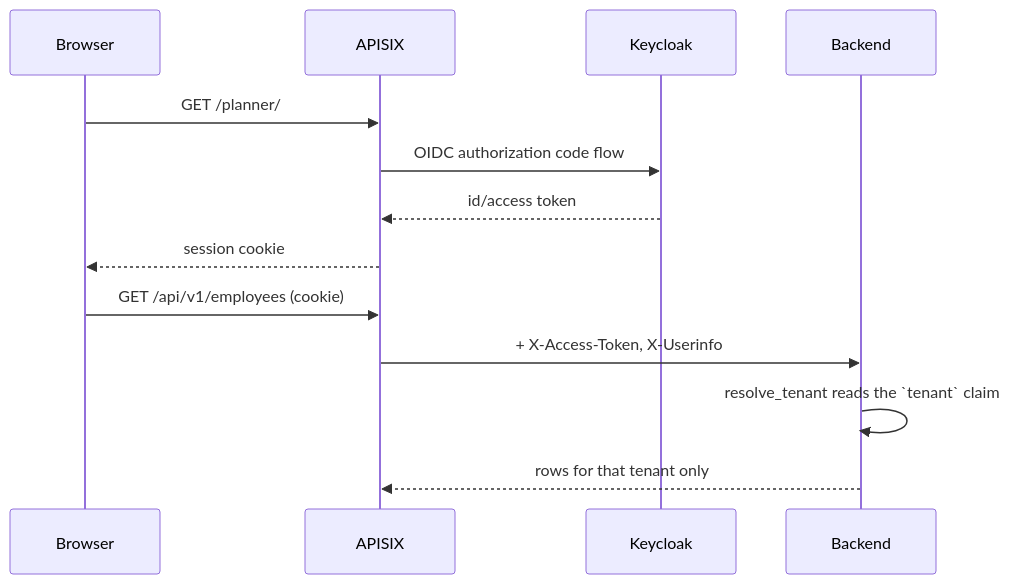
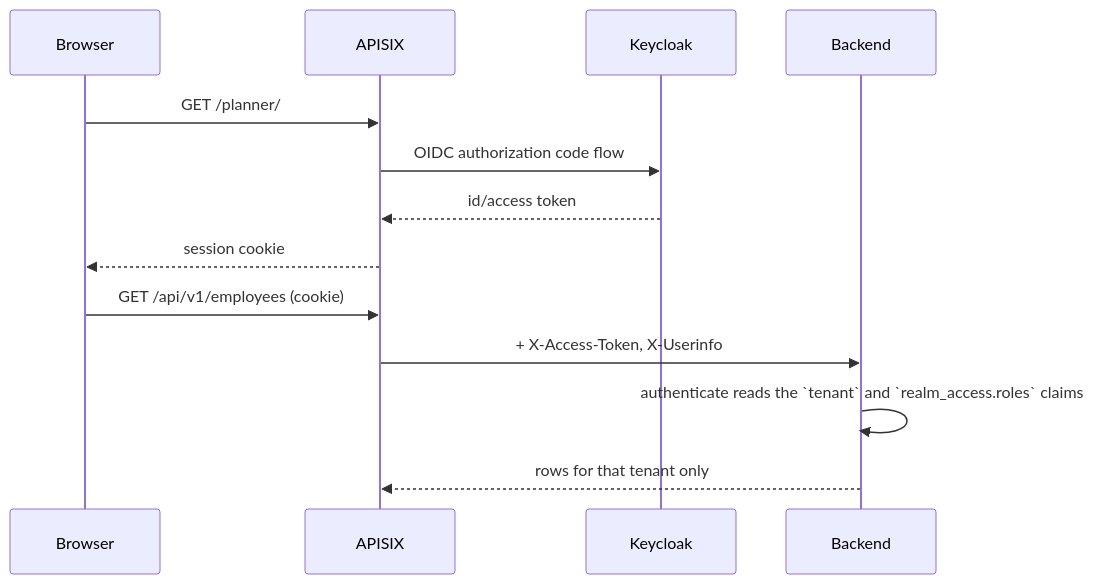
One commit to uid09552/shift changed the diagram in docs/auth.md. Above: the diagram before and after it, drawn with Mermaid. The commit also changed other lines of this file and 5 other files, not shown here.

````diff
--- a/docs/auth.md
+++ b/docs/auth.md
@@ -9,16 +9,16 @@
 ```mermaid
 sequenceDiagram
     participant B as Browser
     participant G as APISIX
     participant K as Keycloak
     participant BE as Backend
 
     B->>G: GET /planner/
     G->>K: OIDC authorization code flow
     K-->>G: id/access token
     G-->>B: session cookie
     B->>G: GET /api/v1/employees (cookie)
     G->>BE: + X-Access-Token, X-Userinfo
-    BE->>BE: resolve_tenant reads the `tenant` claim
+    BE->>BE: authenticate reads the `tenant` and `realm_access.roles` claims
     BE-->>G: rows for that tenant only
 ```
````
